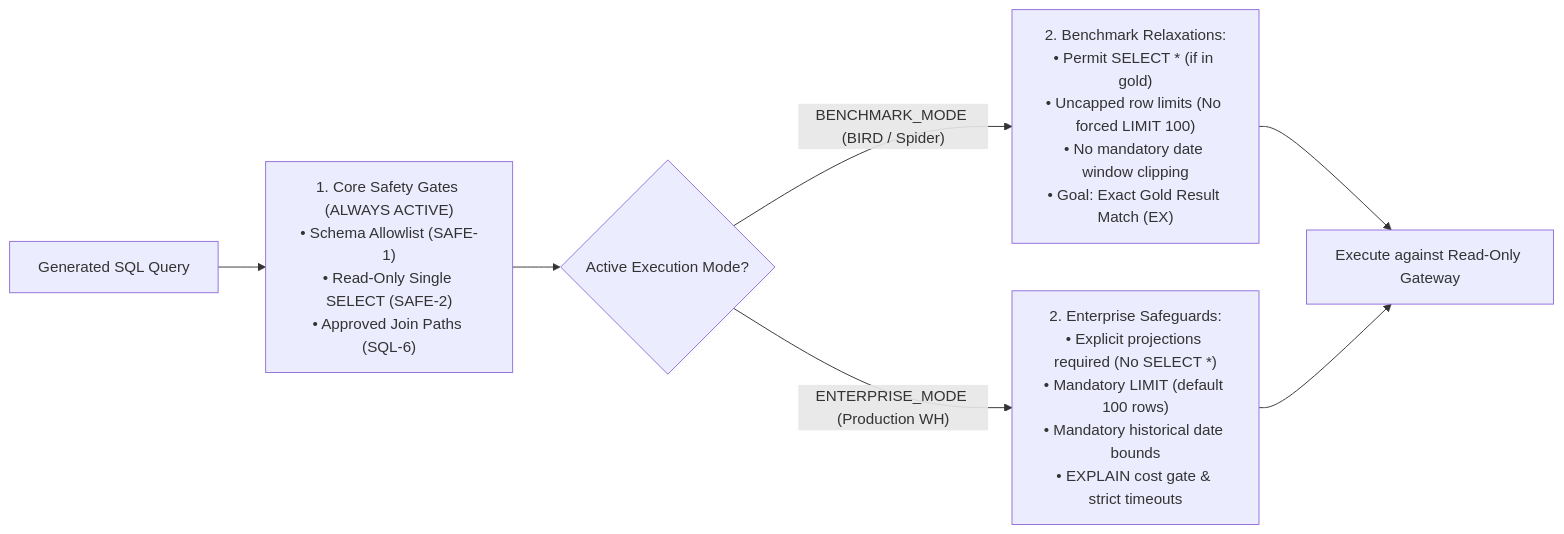
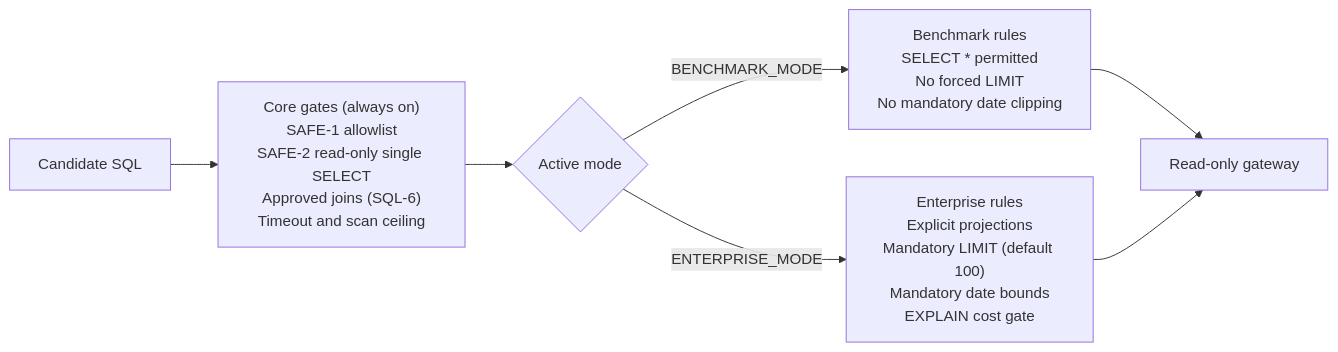
Before and after one commit to Swathi-Chippa/Data_Scientist_Agent: the second of 2 diagrams in docs/DESIGN_DETAIL.md, drawn with Mermaid. The commit also changed other lines of this file, not shown here.

````diff
--- a/docs/DESIGN_DETAIL.md
+++ b/docs/DESIGN_DETAIL.md
@@ -273,13 +379,9 @@
 ```mermaid
 flowchart LR
-  SQL["Generated SQL Query"] --> CORE["1. Core Safety Gates (ALWAYS ACTIVE)<br>• Schema Allowlist (SAFE-1)<br>• Read-Only Single SELECT (SAFE-2)<br>• Approved Join Paths (SQL-6)"]
-  
-  CORE --> MODE{"Active Execution Mode?"}
-  
-  MODE -->|"BENCHMARK_MODE (BIRD / Spider)"| BM["2. Benchmark Relaxations:<br>• Permit SELECT * (if in gold)<br>• Uncapped row limits (No forced LIMIT 100)<br>• No mandatory date window clipping<br>• Goal: Exact Gold Result Match (EX)"]
-  
-  MODE -->|"ENTERPRISE_MODE (Production WH)"| EM["2. Enterprise Safeguards:<br>• Explicit projections required (No SELECT *)<br>• Mandatory LIMIT (default 100 rows)<br>• Mandatory historical date bounds<br>• EXPLAIN cost gate & strict timeouts"]
-  
-  BM --> EXEC["Execute against Read-Only Gateway"]
+  SQL["Candidate SQL"] --> CORE["Core gates (always on)<br>SAFE-1 allowlist<br>SAFE-2 read-only single SELECT<br>Approved joins (SQL-6)<br>Timeout and scan ceiling"]
+  CORE --> MODE{"Active mode"}
+  MODE -->|"BENCHMARK_MODE"| BM["Benchmark rules<br>SELECT * permitted<br>No forced LIMIT<br>No mandatory date clipping"]
+  MODE -->|"ENTERPRISE_MODE"| EM["Enterprise rules<br>Explicit projections<br>Mandatory LIMIT (default 100)<br>Mandatory date bounds<br>EXPLAIN cost gate"]
+  BM --> EXEC["Read-only gateway"]
   EM --> EXEC
 ```
````
